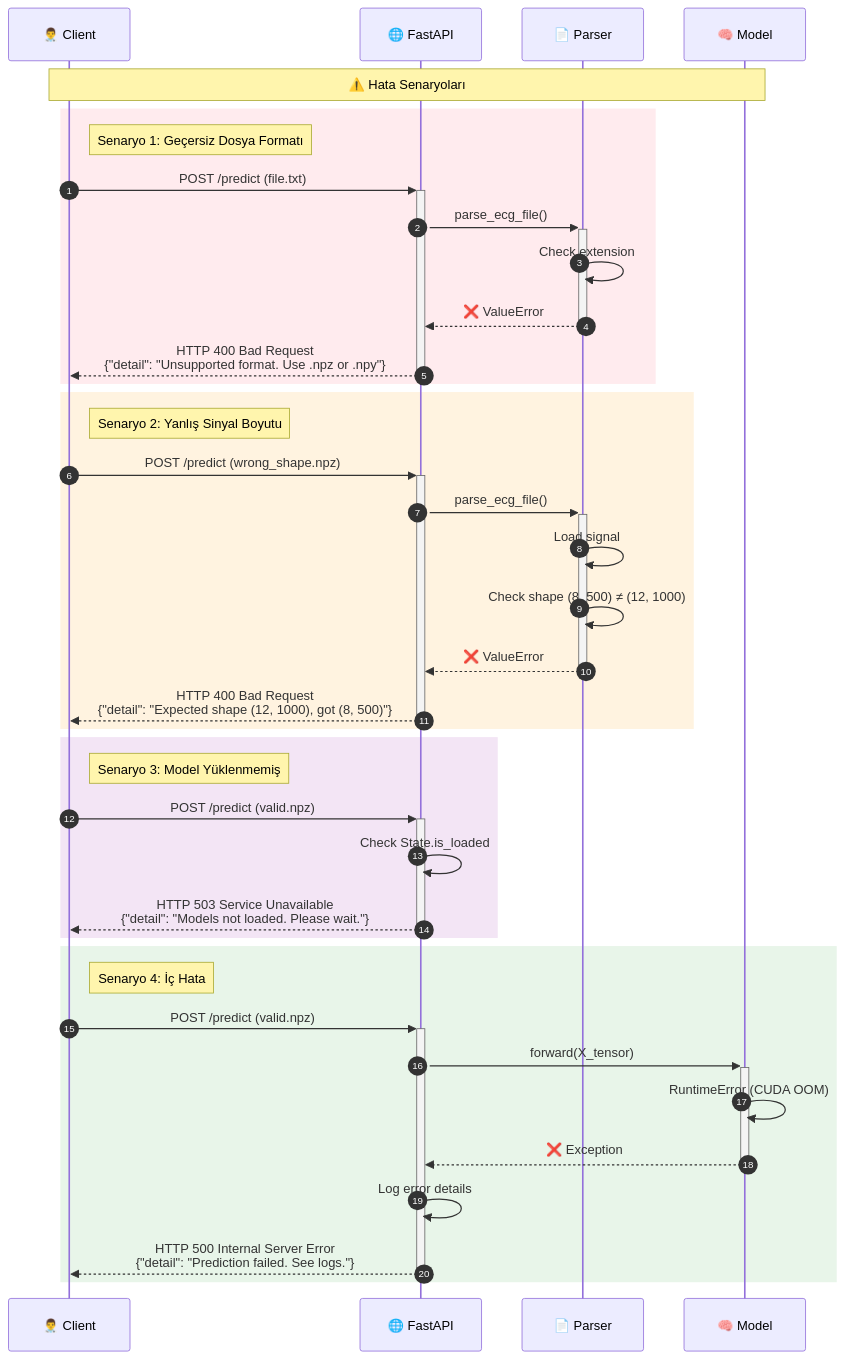
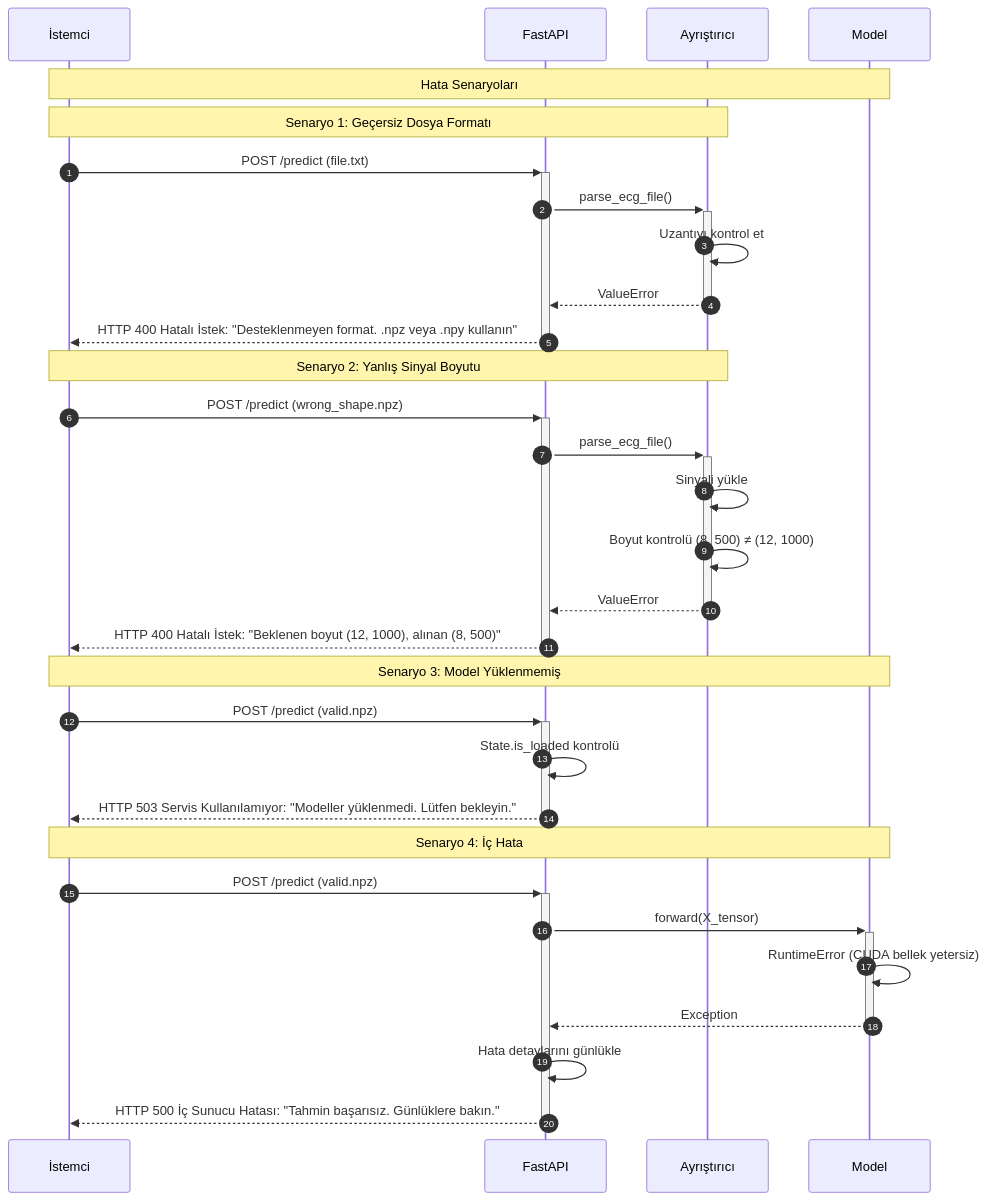
One commit to mUsaulug/CardioGuard-AI changed the eighth of 10 diagrams in docs/diagrams/06_sequence_diagram.md. Above: the diagram before and after it, drawn with Mermaid. The commit also changed other lines of this file and 5 other files, not shown here.

````diff
--- a/docs/diagrams/06_sequence_diagram.md
+++ b/docs/diagrams/06_sequence_diagram.md
@@ -552,47 +533,43 @@
 ```mermaid
 sequenceDiagram
     autonumber
     
-    participant Client as 👨‍⚕️ Client
-    participant API as 🌐 FastAPI
-    participant Parser as 📄 Parser
-    participant Model as 🧠 Model
+    participant Istemci as İstemci
+    participant API as FastAPI
+    participant Parser as Ayrıştırıcı
+    participant Model as Model
     
-    Note over Client, Model: ⚠️ Hata Senaryoları
+    Note over Istemci, Model: Hata Senaryoları
     
-    rect rgb(255, 235, 238)
-        Note right of Client: Senaryo 1: Geçersiz Dosya Formatı
-        Client->>+API: POST /predict (file.txt)
-        API->>+Parser: parse_ecg_file()
-        Parser->>Parser: Check extension
-        Parser-->>-API: ❌ ValueError
-        API-->>-Client: HTTP 400 Bad Request<br/>{"detail": "Unsupported format. Use .npz or .npy"}
-    end
+    Note over Istemci, Parser: Senaryo 1: Geçersiz Dosya Formatı
     
-    rect rgb(255, 243, 224)
-        Note right of Client: Senaryo 2: Yanlış Sinyal Boyutu
-        Client->>+API: POST /predict (wrong_shape.npz)
-        API->>+Parser: parse_ecg_file()
-        Parser->>Parser: Load signal
-        Parser->>Parser: Check shape (8, 500) ≠ (12, 1000)
-        Parser-->>-API: ❌ ValueError
-        API-->>-Client: HTTP 400 Bad Request<br/>{"detail": "Expected shape (12, 1000), got (8, 500)"}
-    end
+    Istemci->>+API: POST /predict (file.txt)
+    API->>+Parser: parse_ecg_file()
+    Parser->>Parser: Uzantıyı kontrol et
+    Parser-->>-API: ValueError
+    API-->>-Istemci: HTTP 400 Hatalı İstek: "Desteklenmeyen format. .npz veya .npy kullanın"
     
-    rect rgb(243, 229, 245)
-        Note right of Client: Senaryo 3: Model Yüklenmemiş
-        Client->>+API: POST /predict (valid.npz)
-        API->>API: Check State.is_loaded
-        API-->>-Client: HTTP 503 Service Unavailable<br/>{"detail": "Models not loaded. Please wait."}
-    end
+    Note over Istemci, Parser: Senaryo 2: Yanlış Sinyal Boyutu
     
-    rect rgb(232, 245, 233)
-        Note right of Client: Senaryo 4: İç Hata
-        Client->>+API: POST /predict (valid.npz)
-        API->>+Model: forward(X_tensor)
-        Model->>Model: RuntimeError (CUDA OOM)
-        Model-->>-API: ❌ Exception
-        API->>API: Log error details
-        API-->>-Client: HTTP 500 Internal Server Error<br/>{"detail": "Prediction failed. See logs."}
-    end
+    Istemci->>+API: POST /predict (wrong_shape.npz)
+    API->>+Parser: parse_ecg_file()
+    Parser->>Parser: Sinyali yükle
+    Parser->>Parser: Boyut kontrolü (8, 500) ≠ (12, 1000)
+    Parser-->>-API: ValueError
+    API-->>-Istemci: HTTP 400 Hatalı İstek: "Beklenen boyut (12, 1000), alınan (8, 500)"
+    
+    Note over Istemci, Model: Senaryo 3: Model Yüklenmemiş
+    
+    Istemci->>+API: POST /predict (valid.npz)
+    API->>API: State.is_loaded kontrolü
+    API-->>-Istemci: HTTP 503 Servis Kullanılamıyor: "Modeller yüklenmedi. Lütfen bekleyin."
+    
+    Note over Istemci, Model: Senaryo 4: İç Hata
+    
+    Istemci->>+API: POST /predict (valid.npz)
+    API->>+Model: forward(X_tensor)
+    Model->>Model: RuntimeError (CUDA bellek yetersiz)
+    Model-->>-API: Exception
+    API->>API: Hata detaylarını günlükle
+    API-->>-Istemci: HTTP 500 İç Sunucu Hatası: "Tahmin başarısız. Günlüklere bakın."
 ```
````
